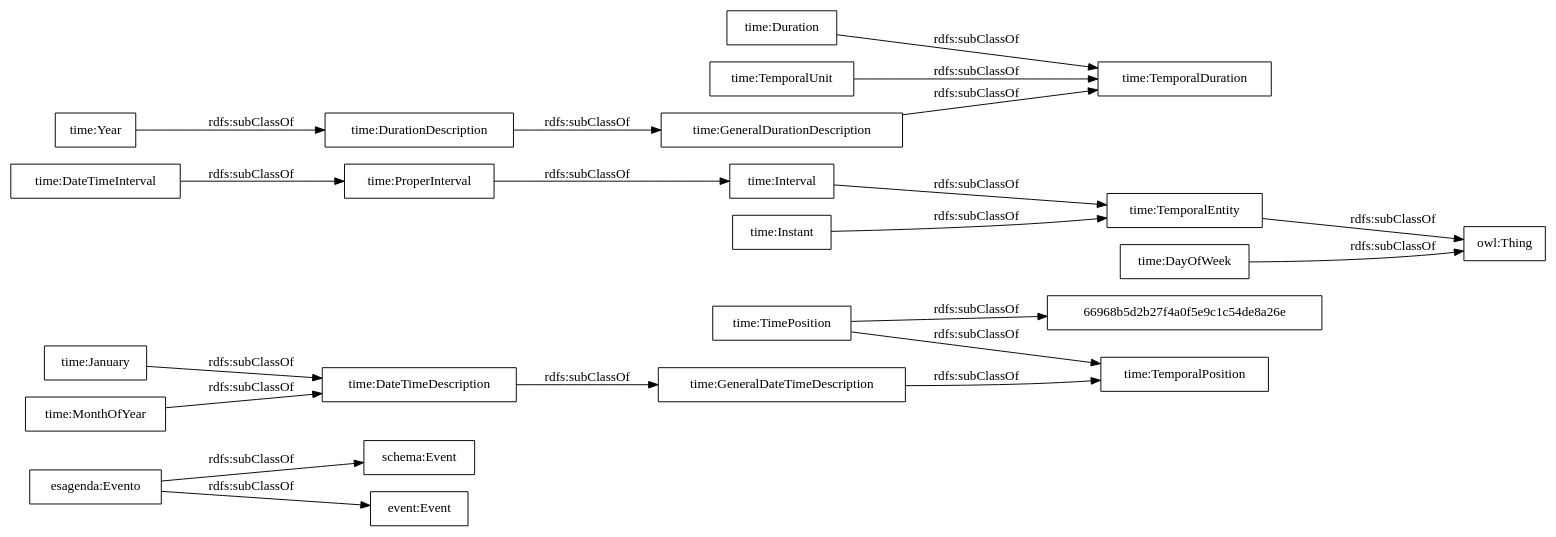
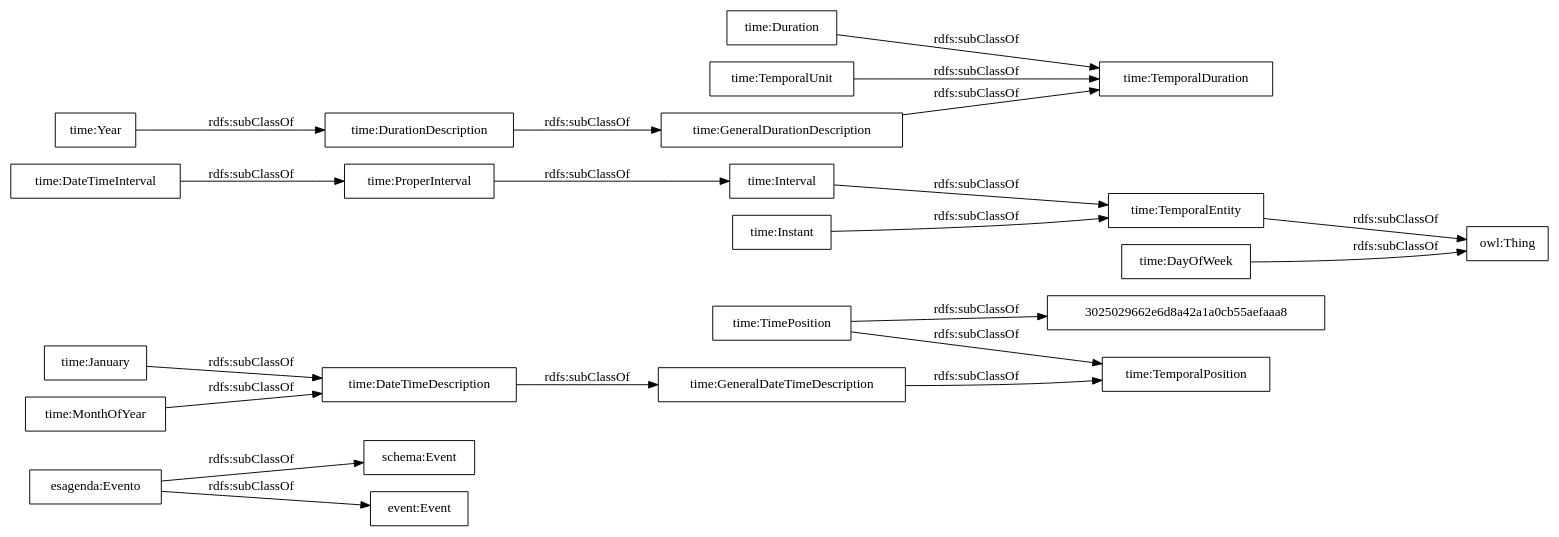
One commit to opencitydata/cultura-ocio-agenda-eventos-actividades changed the diagram in OnToology/agenda.owl/diagrams/ar2dtool-taxonomy/agenda.owl.png.dot. Above: the diagram before and after it, drawn with Graphviz. The commit also changed 5 other files, not shown here.

```diff
--- a/OnToology/agenda.owl/diagrams/ar2dtool-taxonomy/agenda.owl.png.dot
+++ b/OnToology/agenda.owl/diagrams/ar2dtool-taxonomy/agenda.owl.png.dot
@@ -1,25 +1,25 @@
 digraph ar2dtool_diagram { 
 rankdir=LR;
 size="1000"
-node [shape = rectangle, color="black"]; "esagenda:Evento" "schema:Event" "event:Event" "time:GeneralDateTimeDescription" "time:DateTimeInterval" "time:DurationDescription" "time:TemporalDuration" "time:Duration" "time:GeneralDurationDescription" "time:January" "time:ProperInterval" "time:TimePosition" "66968b5d2b27f4a0f5e9c1c54de8a26e" "time:TemporalPosition" "time:Interval" "time:TemporalEntity" "time:Year" "time:MonthOfYear" "time:DateTimeDescription" "time:TemporalUnit" "time:Instant" "time:DayOfWeek" ; /*classes style*/
+node [shape = rectangle, color="black"]; "esagenda:Evento" "schema:Event" "event:Event" "time:GeneralDateTimeDescription" "time:DateTimeInterval" "time:DurationDescription" "3025029662e6d8a42a1a0cb55aefaaa8" "time:TemporalDuration" "time:Duration" "time:GeneralDurationDescription" "time:January" "time:ProperInterval" "time:TimePosition" "time:TemporalPosition" "time:Interval" "time:TemporalEntity" "time:Year" "time:MonthOfYear" "time:DateTimeDescription" "time:TemporalUnit" "time:Instant" "time:DayOfWeek" ; /*classes style*/
 	"time:TemporalEntity" -> "owl:Thing" [ label = "rdfs:subClassOf" ];
 	"time:DateTimeInterval" -> "time:ProperInterval" [ label = "rdfs:subClassOf" ];
 	"time:DayOfWeek" -> "owl:Thing" [ label = "rdfs:subClassOf" ];
 	"time:TemporalUnit" -> "time:TemporalDuration" [ label = "rdfs:subClassOf" ];
 	"time:Year" -> "time:DurationDescription" [ label = "rdfs:subClassOf" ];
 	"time:Interval" -> "time:TemporalEntity" [ label = "rdfs:subClassOf" ];
 	"time:MonthOfYear" -> "time:DateTimeDescription" [ label = "rdfs:subClassOf" ];
 	"time:GeneralDurationDescription" -> "time:TemporalDuration" [ label = "rdfs:subClassOf" ];
 	"time:GeneralDateTimeDescription" -> "time:TemporalPosition" [ label = "rdfs:subClassOf" ];
 	"time:DateTimeDescription" -> "time:GeneralDateTimeDescription" [ label = "rdfs:subClassOf" ];
 	"time:DurationDescription" -> "time:GeneralDurationDescription" [ label = "rdfs:subClassOf" ];
-	"time:TimePosition" -> "66968b5d2b27f4a0f5e9c1c54de8a26e" [ label = "rdfs:subClassOf" ];
+	"time:TimePosition" -> "3025029662e6d8a42a1a0cb55aefaaa8" [ label = "rdfs:subClassOf" ];
 	"time:TimePosition" -> "time:TemporalPosition" [ label = "rdfs:subClassOf" ];
 	"time:January" -> "time:DateTimeDescription" [ label = "rdfs:subClassOf" ];
 	"time:ProperInterval" -> "time:Interval" [ label = "rdfs:subClassOf" ];
 	"time:Instant" -> "time:TemporalEntity" [ label = "rdfs:subClassOf" ];
 	"esagenda:Evento" -> "schema:Event" [ label = "rdfs:subClassOf" ];
 	"esagenda:Evento" -> "event:Event" [ label = "rdfs:subClassOf" ];
 	"time:Duration" -> "time:TemporalDuration" [ label = "rdfs:subClassOf" ];
 
 }
```
